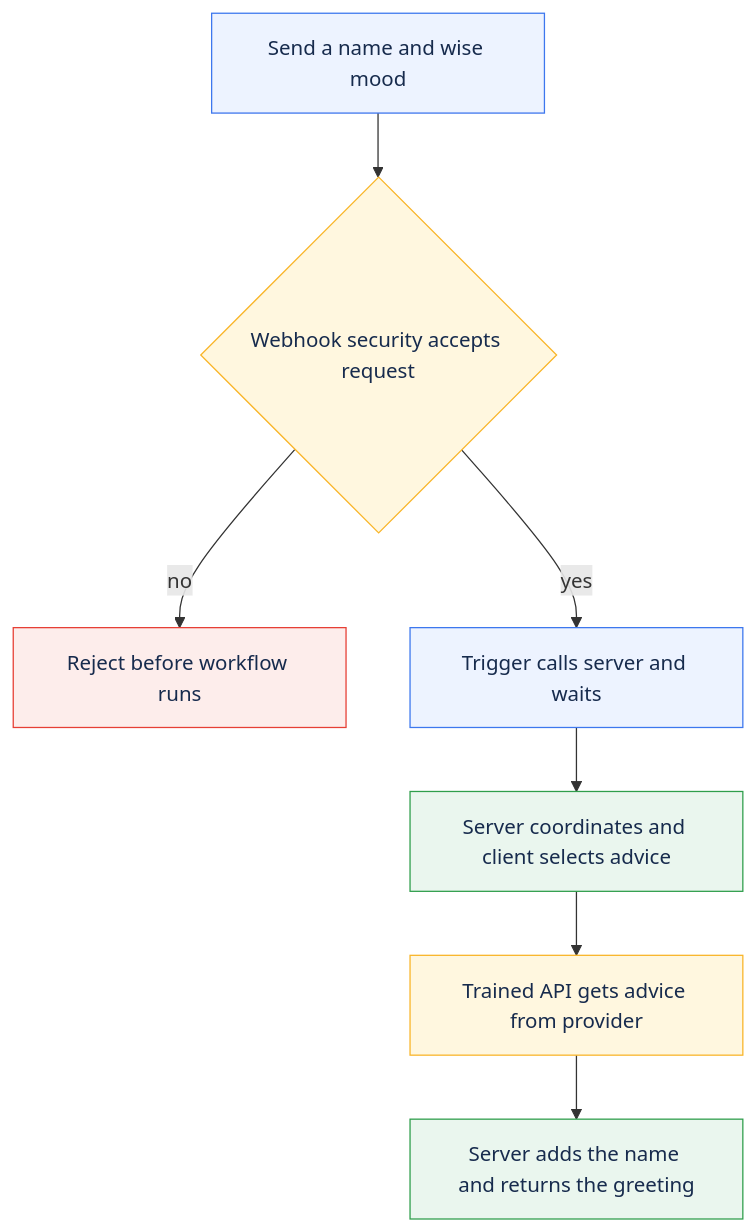
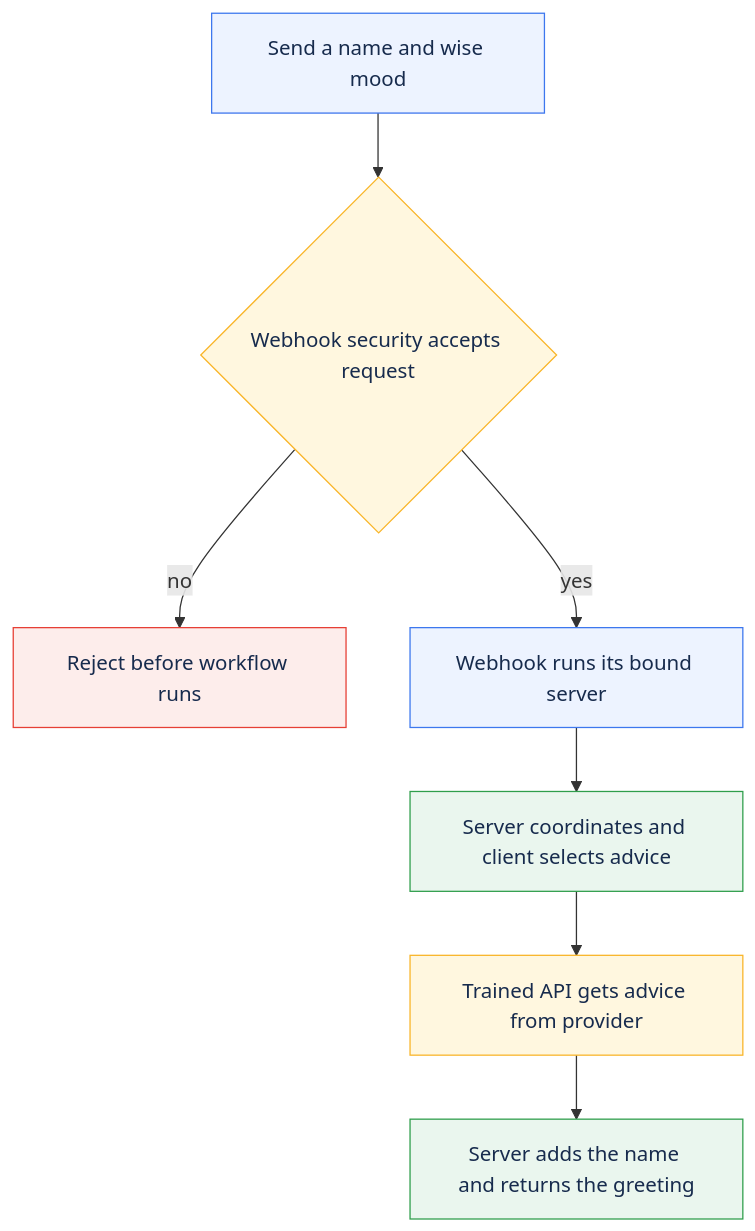
Before and after one commit to polyapi/poly-ts-project-template: the diagram in workflows/src/sampleWorkflow/README.md, drawn with Mermaid. The commit also changed other lines of this file and 14 other files, not shown here.

First line of the commit message:
Fail validation when a bound webhook still has triggers (#16)

````diff
--- a/workflows/src/sampleWorkflow/README.md
+++ b/workflows/src/sampleWorkflow/README.md
@@ -52,17 +52,17 @@
 ```mermaid
 flowchart TD
     R[Send a name and wise mood] --> V{Webhook security accepts request}
     V -->|no| X[Reject before workflow runs]
-    V -->|yes| T[Trigger calls server and waits]
+    V -->|yes| T[Webhook runs its bound server]
     T --> S[Server coordinates and client selects advice]
     S --> A[Trained API gets advice from provider]
     A --> G[Server adds the name and returns the greeting]
     classDef blue fill:#EDF3FF,color:#172B4D,stroke:#3D77EE
     classDef yellow fill:#FFF7DF,color:#172B4D,stroke:#F9B528
     classDef green fill:#EAF6EE,color:#172B4D,stroke:#2F9E4B
     classDef red fill:#FDEDEB,color:#172B4D,stroke:#E63F35
     class R,T blue
     class V,A yellow
     class S,G green
     class X red
 ```
````
